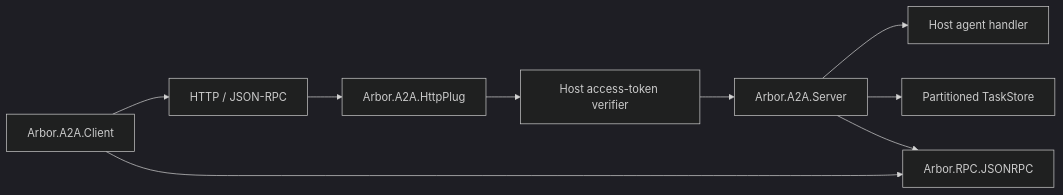
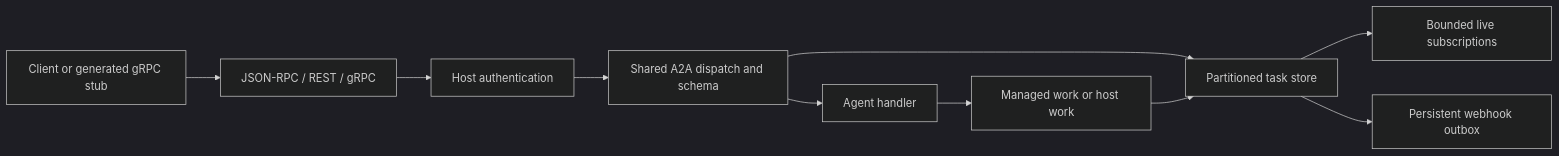
One commit to trust-arbor/arbor_a2a changed the diagram in docs/ARCHITECTURE.md. Above: the diagram before and after it, drawn with Mermaid (dark theme). The commit also changed other lines of this file and 80 other files, not shown here.

````diff
--- a/docs/ARCHITECTURE.md
+++ b/docs/ARCHITECTURE.md
@@ -15,11 +8,12 @@
 ```mermaid
 flowchart LR
-  Client[Arbor.A2A.Client] --> HTTP[HTTP / JSON-RPC]
-  HTTP --> Plug[Arbor.A2A.HttpPlug]
-  Plug --> Auth[Host access-token verifier]
-  Auth --> Server[Arbor.A2A.Server]
-  Server --> Handler[Host agent handler]
-  Server --> Store[Partitioned TaskStore]
-  Client --> RPC[Arbor.RPC.JSONRPC]
-  Server --> RPC
+  Client[Client or generated gRPC stub] --> Binding[JSON-RPC / REST / gRPC]
+  Binding --> Auth[Host authentication]
+  Auth --> Server[Shared A2A dispatch and schema]
+  Server --> Handler[Agent handler]
+  Server --> Store[Partitioned task store]
+  Handler --> Executor[Managed work or host work]
+  Executor --> Store
+  Store --> Events[Bounded live subscriptions]
+  Store --> Outbox[Persistent webhook outbox]
 ```
````
